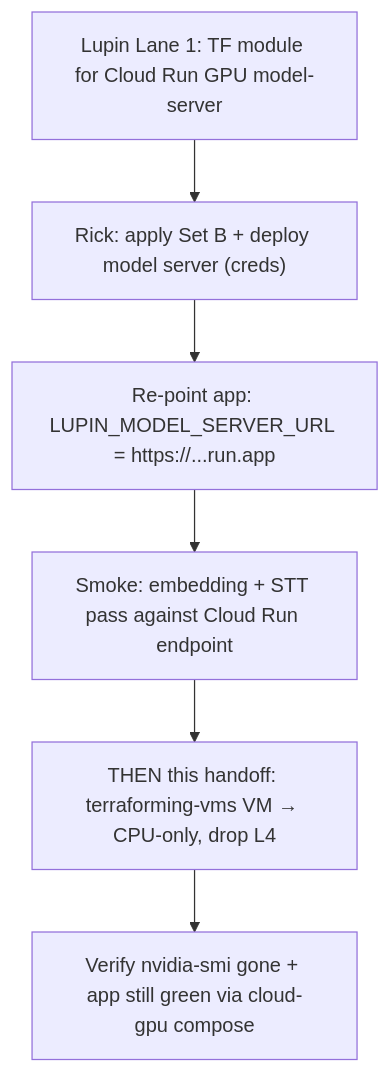
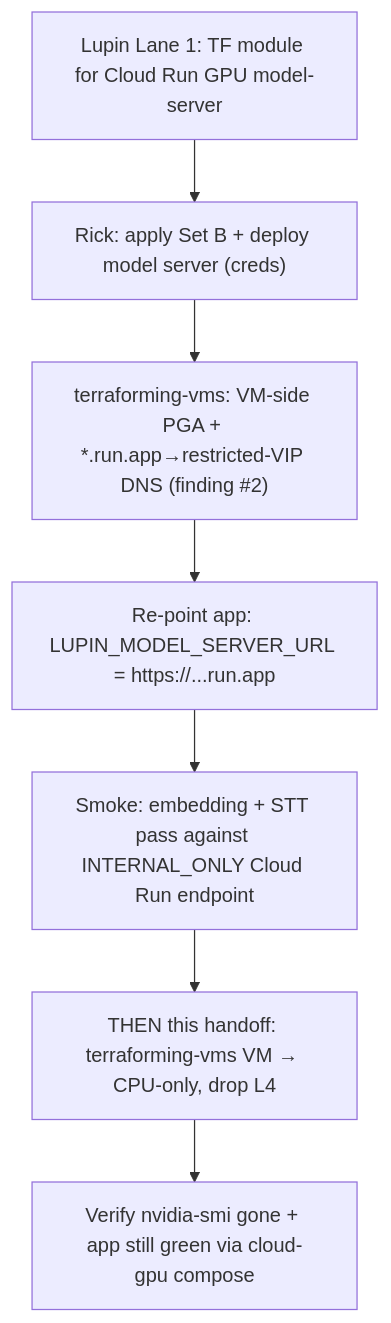
Before and after one commit to deepily/lupin: the diagram in src/rnd/2026.06.30-gpu-model-server-cloud-run-split/02-vm-downgrade-handoff.md, drawn with Mermaid. The commit also changed other lines of this file and 12 other files, not shown here.

````diff
--- a/src/rnd/2026.06.30-gpu-model-server-cloud-run-split/02-vm-downgrade-handoff.md
+++ b/src/rnd/2026.06.30-gpu-model-server-cloud-run-split/02-vm-downgrade-handoff.md
@@ -101,8 +198,9 @@
 ```mermaid
 flowchart TD
     A["Lupin Lane 1: TF module for Cloud Run GPU model-server"] --> B["Rick: apply Set B + deploy model server (creds)"]
-    B --> C["Re-point app: LUPIN_MODEL_SERVER_URL = https://...run.app"]
-    C --> D["Smoke: embedding + STT pass against Cloud Run endpoint"]
+    B --> N["terraforming-vms: VM-side PGA + *.run.app→restricted-VIP DNS (finding #2)"]
+    N --> C["Re-point app: LUPIN_MODEL_SERVER_URL = https://...run.app"]
+    C --> D["Smoke: embedding + STT pass against INTERNAL_ONLY Cloud Run endpoint"]
     D --> E["THEN this handoff: terraforming-vms VM → CPU-only, drop L4"]
     E --> F["Verify nvidia-smi gone + app still green via cloud-gpu compose"]
 ```
````
